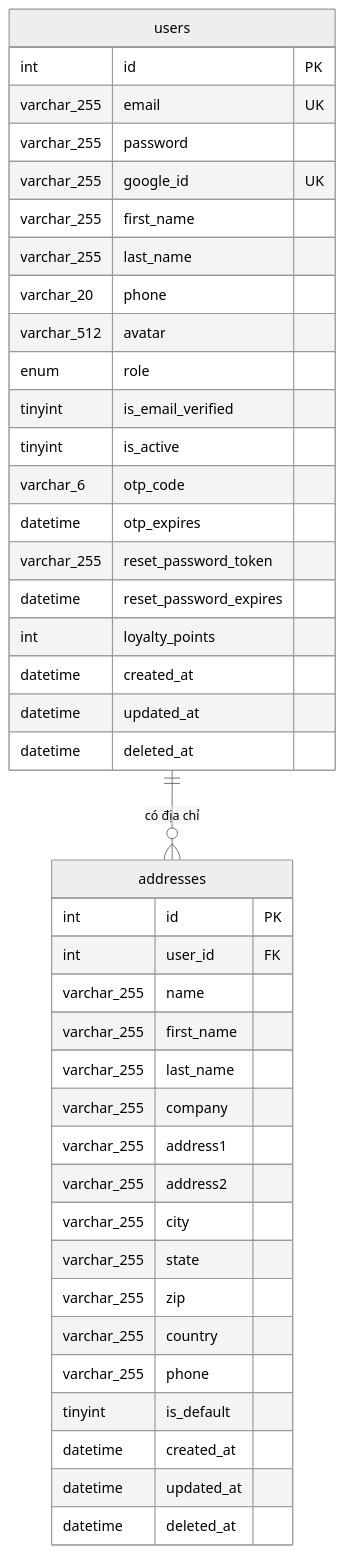
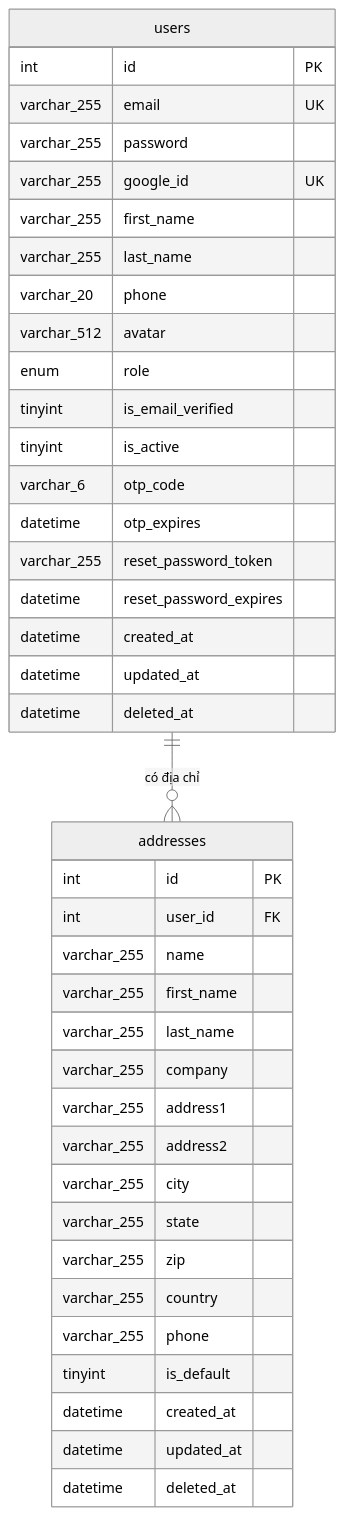
Before and after one commit to MinhThang1009/E-commerce-website: diagram 17 of 28 in DIAGRAMS.md, drawn with Mermaid (neutral theme). The commit also changed other lines of this file and 45 other files, not shown here.

````diff
--- a/DIAGRAMS.md
+++ b/DIAGRAMS.md
@@ -857,46 +773,45 @@
 ```mermaid
 erDiagram
     users {
         int id PK
         varchar_255 email UK
         varchar_255 password
         varchar_255 google_id UK
         varchar_255 first_name
         varchar_255 last_name
         varchar_20 phone
         varchar_512 avatar
         enum role
         tinyint is_email_verified
         tinyint is_active
         varchar_6 otp_code
         datetime otp_expires
         varchar_255 reset_password_token
         datetime reset_password_expires
-        int loyalty_points
         datetime created_at
         datetime updated_at
         datetime deleted_at
     }
 
     addresses {
         int id PK
         int user_id FK
         varchar_255 name
         varchar_255 first_name
         varchar_255 last_name
         varchar_255 company
         varchar_255 address1
         varchar_255 address2
         varchar_255 city
         varchar_255 state
         varchar_255 zip
         varchar_255 country
         varchar_255 phone
         tinyint is_default
         datetime created_at
         datetime updated_at
         datetime deleted_at
     }
 
     users ||--o{ addresses : "có địa chỉ"
 ```
````
